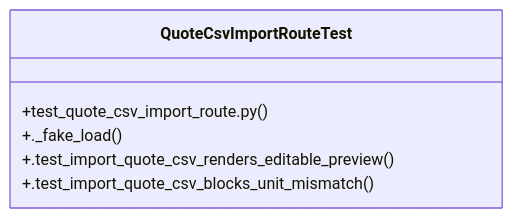
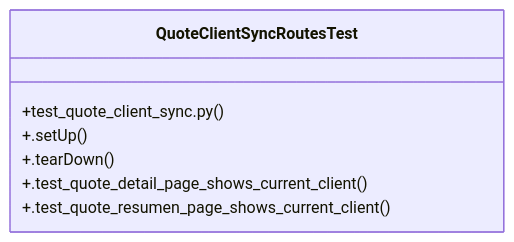
One commit to Daftrick/ProjectTracker changed the diagram in graphify-out/wiki/Community_39.md. Above: the diagram before and after it, drawn with Mermaid. The commit also changed other lines of this file and 544 other files, not shown here.

````diff
--- a/graphify-out/wiki/Community_39.md
+++ b/graphify-out/wiki/Community_39.md
@@ -16,9 +16,10 @@
 ```mermaid
 classDiagram
-    class QuoteCsvImportRouteTest {
-        +test_quote_csv_import_route.py()
-        +._fake_load()
-        +.test_import_quote_csv_renders_editable_preview()
-        +.test_import_quote_csv_blocks_unit_mismatch()
+    class QuoteClientSyncRoutesTest {
+        +test_quote_client_sync.py()
+        +.setUp()
+        +.tearDown()
+        +.test_quote_detail_page_shows_current_client()
+        +.test_quote_resumen_page_shows_current_client()
     }
 ```
````
